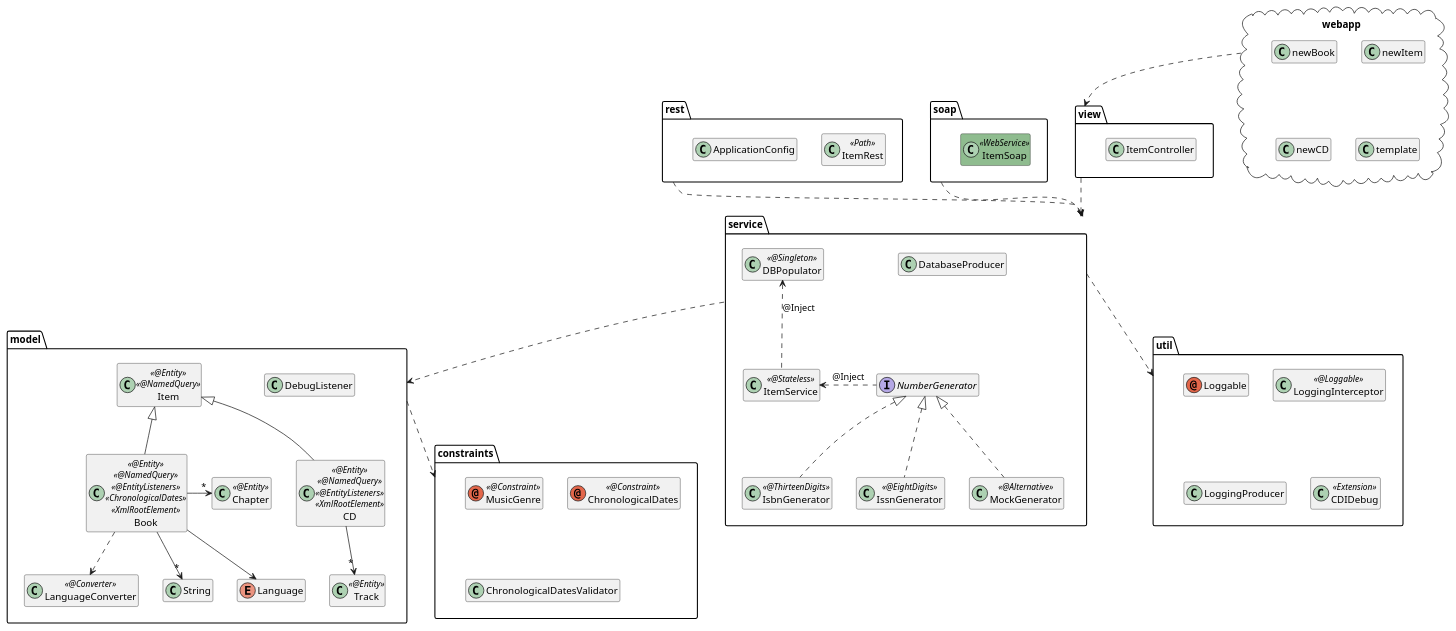
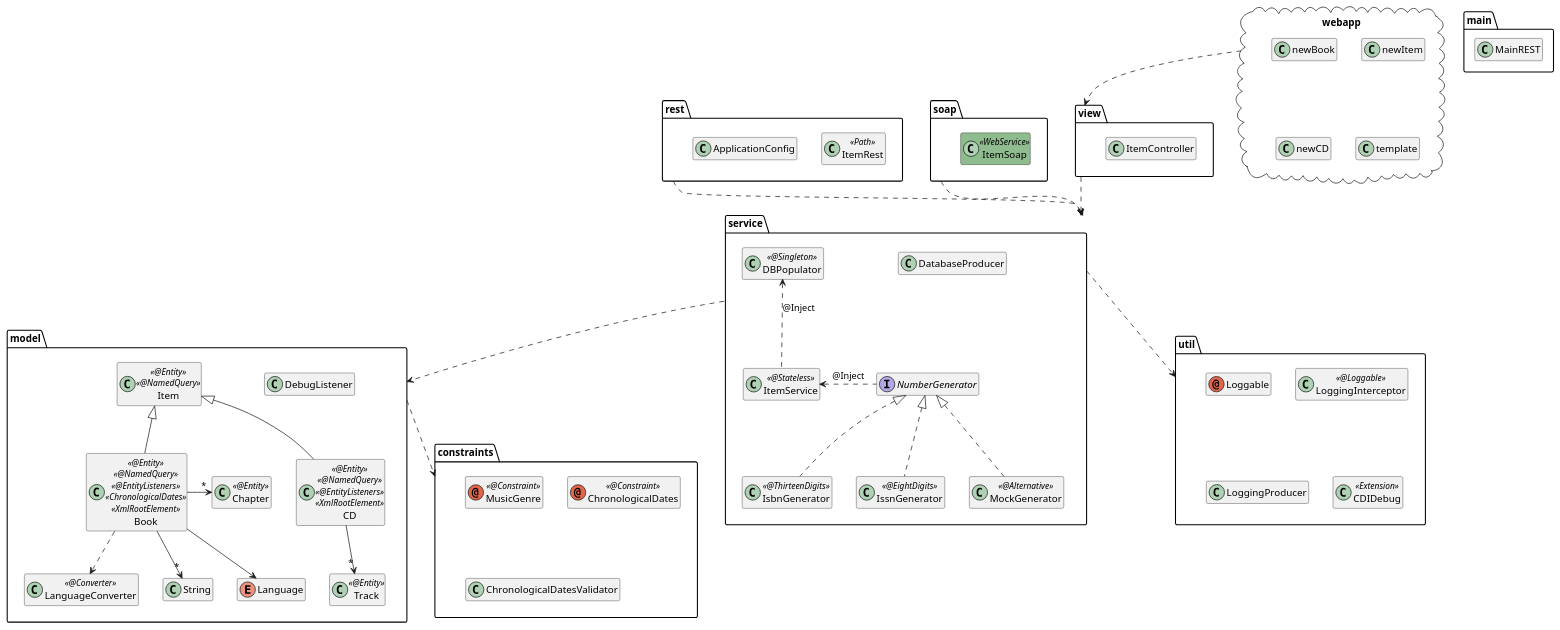
The diagram in 18-SOAP/demo18.puml (agoncal/agoncal-training-javaee7), drawn with PlantUML before and after one commit. The commit also changed 2 other files, not shown here.

Commit message:
Updating UML diagrams

```diff
--- a/18-SOAP/demo18.puml
+++ b/18-SOAP/demo18.puml
@@ -1,82 +1,86 @@
 @startuml
 
 hide members
+
+package "main" {
+    class MainREST
+}
 
 package "webapp"  <<Cloud>> {
     class newItem
     class newBook
     class newCD
     class template
 }
 
 package "view"  {
     class ItemController
 }
 
 package "rest"  {
     class ItemRest  << Path >>
     class ApplicationConfig
 }
 
 package "soap"  {
     class ItemSoap  << WebService >> #8FBC8F
 }
 
 package "service" {
     interface NumberGenerator
     class IsbnGenerator << @ThirteenDigits >>
     class IssnGenerator << @EightDigits >>
     class MockGenerator << @Alternative >>
     class ItemService << @Stateless >>
     class DatabaseProducer
     class DBPopulator << @Singleton >>
 
     ItemService <.right. NumberGenerator : @Inject
     DBPopulator <.down. ItemService : @Inject
     NumberGenerator <|.. IsbnGenerator
     NumberGenerator <|.. IssnGenerator
     NumberGenerator <|.. MockGenerator
 }
 
 package "model" {
     class DebugListener
     class Item << @Entity >> << @NamedQuery >>
     class CD << @Entity >> << @NamedQuery >> << @EntityListeners >> << XmlRootElement >>
     class Track << @Entity >>
     class Chapter << @Entity >>
     class Book << @Entity >> << @NamedQuery >> << @EntityListeners >> << ChronologicalDates >> << XmlRootElement >>
     class String
     enum Language
     class LanguageConverter << @Converter >>
 
     Item <|-- CD
     Item <|-- Book
     CD --> "*" Track
     Book --> "*" String
     Book -right-> "*" Chapter
     Book --> Language
     Book ..> LanguageConverter
 }
 
 package "constraints" {
     annotation MusicGenre << @Constraint >>
     annotation ChronologicalDates << @Constraint >>
     class ChronologicalDatesValidator
 }
 
 package "util" {
     annotation Loggable
     class LoggingInterceptor << @Loggable >>
     class LoggingProducer
     class CDIDebug << Extension >>
 }
 
 webapp ..> view
 rest ..> service
 soap ..> service
 view ..> service
 service ..> model
 service ..> util
 model ..> constraints
 
 @enduml
```
